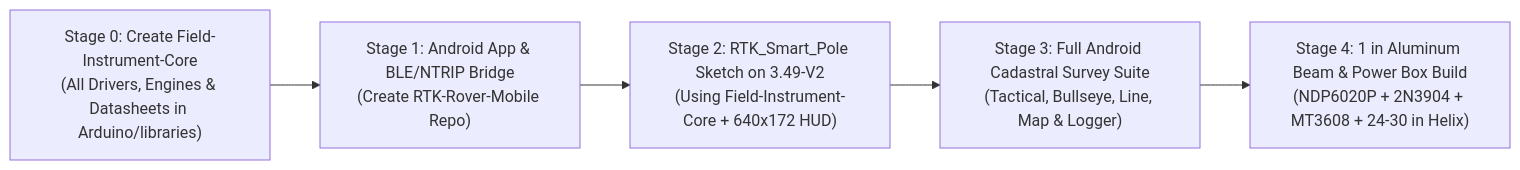
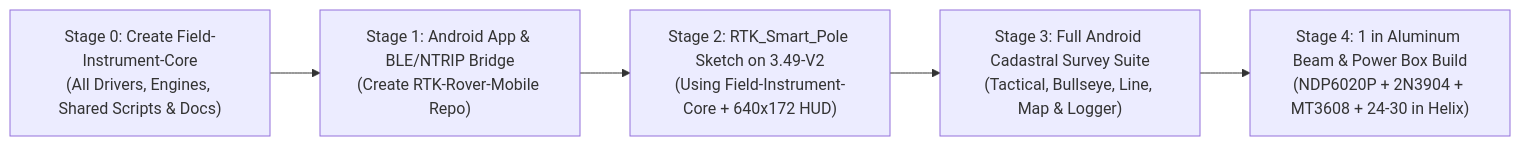
The fifth of 5 diagrams in docs/plan_smart_pole_and_android_app.md (rguilmet/RTK-Rover), drawn with Mermaid before and after one commit. The commit also changed other lines of this file and 1 other file, not shown here.

Commit message:
docs: Add shared vs domain script governance to Field_Instrument_Core plan (v2.5.0)

````diff
--- a/docs/plan_smart_pole_and_android_app.md
+++ b/docs/plan_smart_pole_and_android_app.md
@@ -489,7 +505,7 @@
 ```mermaid
 flowchart LR
-    Stage0["Stage 0: Create Field-Instrument-Core\n(All Drivers, Engines & Datasheets in Arduino/libraries)"] --> Stage1["Stage 1: Android App & BLE/NTRIP Bridge\n(Create RTK-Rover-Mobile Repo)"]
+    Stage0["Stage 0: Create Field-Instrument-Core\n(All Drivers, Engines, Shared Scripts & Docs)"] --> Stage1["Stage 1: Android App & BLE/NTRIP Bridge\n(Create RTK-Rover-Mobile Repo)"]
     Stage1 --> Stage2["Stage 2: RTK_Smart_Pole Sketch on 3.49-V2\n(Using Field-Instrument-Core + 640x172 HUD)"]
     Stage2 --> Stage3["Stage 3: Full Android Cadastral Survey Suite\n(Tactical, Bullseye, Line, Map & Logger)"]
     Stage3 --> Stage4["Stage 4: 1 in Aluminum Beam & Power Box Build\n(NDP6020P + 2N3904 + MT3608 + 24-30 in Helix)"]
 ```
````
